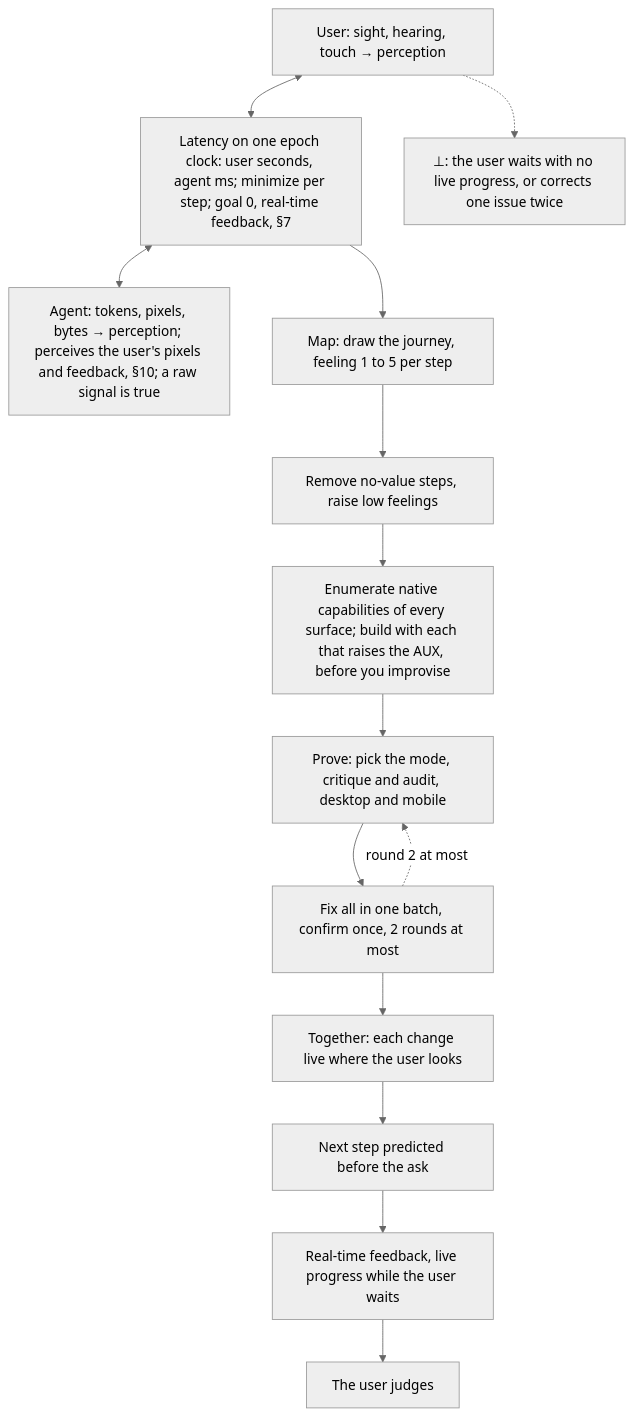
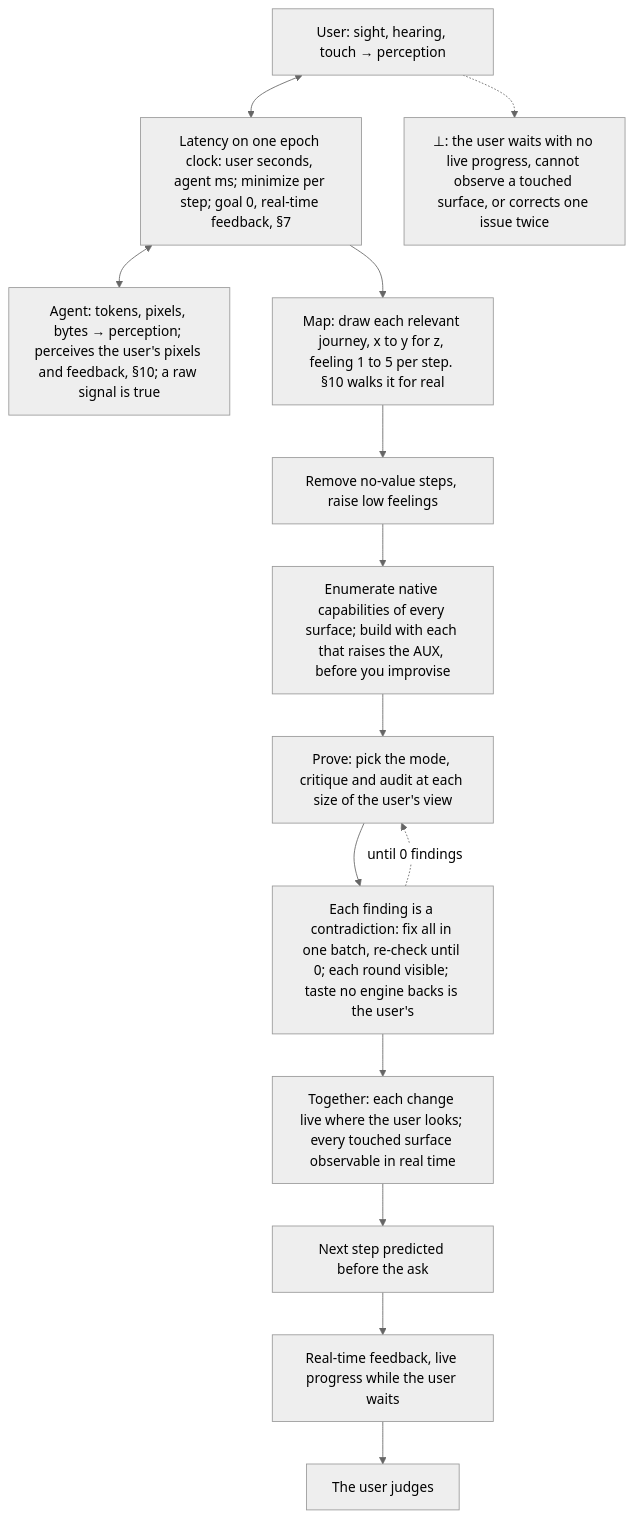
Before and after one commit to SolenixAI/arbiter: the third of 14 diagrams in AGENTS.md, drawn with Mermaid (neutral theme). The commit also changed other lines of this file and 2 other files, not shown here.

First line of the commit message:
feat(agents): agents never stop at 99%: one correct way, real journeys, observed in the user's view (#49)

````diff
--- a/AGENTS.md
+++ b/AGENTS.md
@@ -158,15 +162,15 @@
 ```mermaid
 flowchart TD
   US["User: sight, hearing, touch → perception"] <--> LT["Latency on one epoch clock: user seconds, agent ms; minimize per step; goal 0, real-time feedback, §7"] <--> AG["Agent: tokens, pixels, bytes → perception; perceives the user's pixels and feedback, §10; a raw signal is true"]
   LT --> M
-  M["Map: draw the journey, feeling 1 to 5 per step"] --> R["Remove no-value steps, raise low feelings"]
+  M["Map: draw each relevant journey, x to y for z, feeling 1 to 5 per step. §10 walks it for real"] --> R["Remove no-value steps, raise low feelings"]
   R --> B["Enumerate native capabilities of every surface; build with each that raises the AUX, before you improvise"]
-  B --> P["Prove: pick the mode, critique and audit, desktop and mobile"]
-  P --> F["Fix all in one batch, confirm once, 2 rounds at most"]
-  F -.->|round 2 at most| P
-  F --> T["Together: each change live where the user looks"]
+  B --> P["Prove: pick the mode, critique and audit at each size of the user's view"]
+  P --> F["Each finding is a contradiction: fix all in one batch, re-check until 0; each round visible; taste no engine backs is the user's"]
+  F -.->|until 0 findings| P
+  F --> T["Together: each change live where the user looks; every touched surface observable in real time"]
   T --> N["Next step predicted before the ask"]
   N --> RT["Real-time feedback, live progress while the user waits"]
   RT --> J["The user judges"]
-  US -.-> BOT["⊥: the user waits with no live progress, or corrects one issue twice"]
+  US -.-> BOT["⊥: the user waits with no live progress, cannot observe a touched surface, or corrects one issue twice"]
 ```
````
